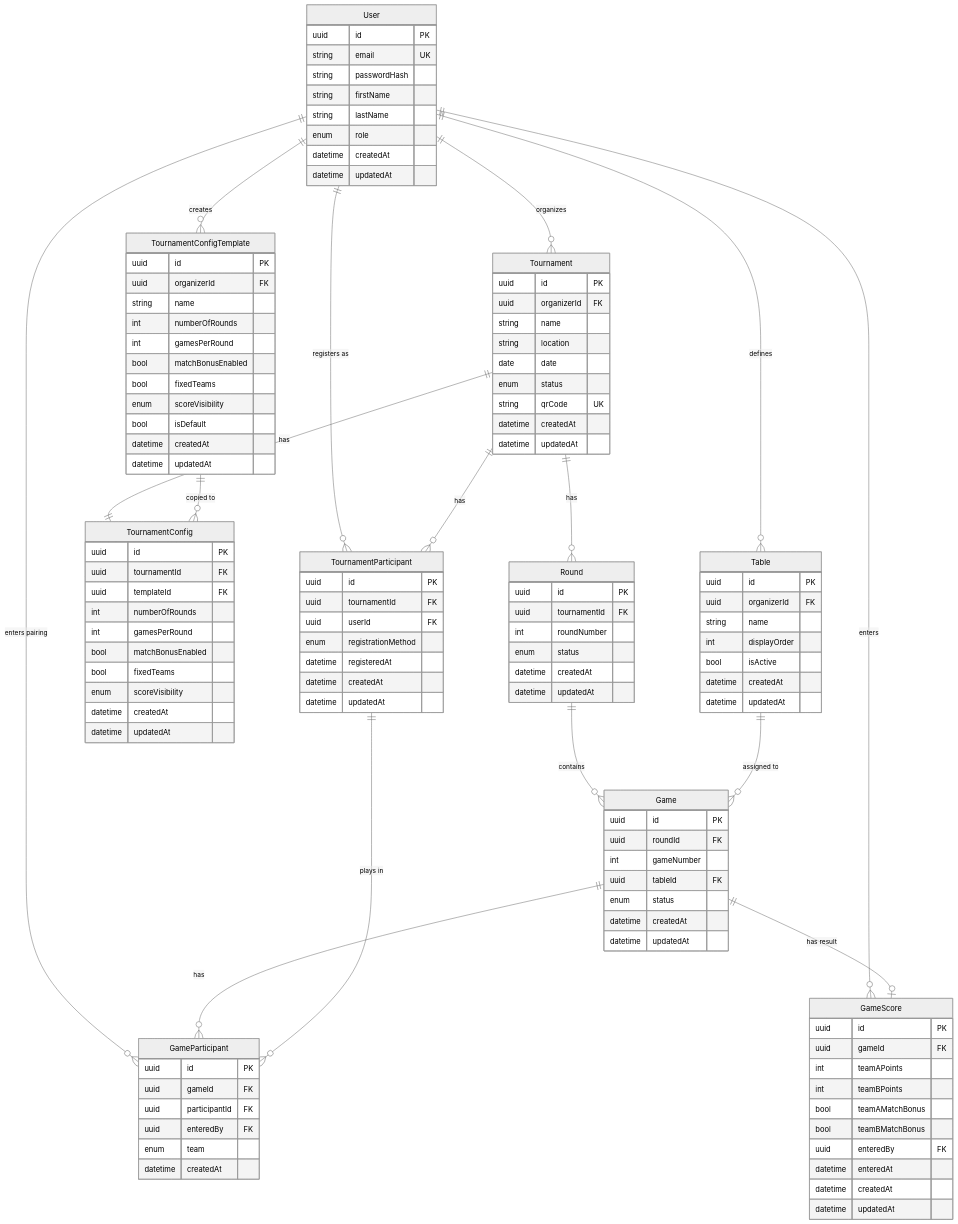
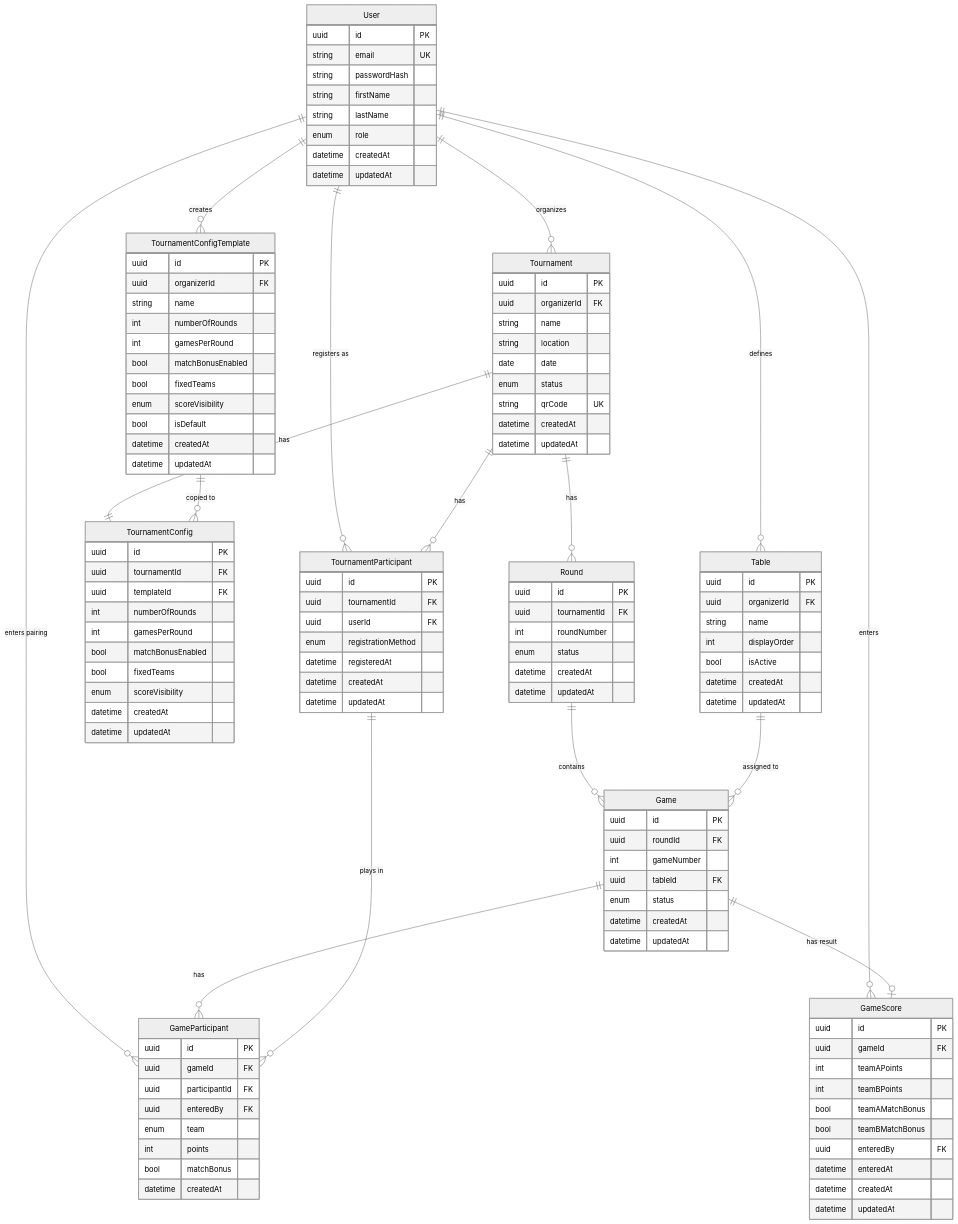
Before and after one commit to manuweber93/jass-tournament-manager: the diagram in database-schema.md, drawn with Mermaid (neutral theme). The commit also changed other lines of this file and 7 other files, not shown here.

Commit message:
Initialize backend with a basic Express server, add Docker Compose for PostgreSQL, and refine the database schema and project documentation.

```diff
--- a/database-schema.md
+++ b/database-schema.md
@@ -378,6 +380,8 @@
         uuid participantId FK
         uuid enteredBy FK
         enum team
+        int points
+        bool matchBonus
         datetime createdAt
     }
     
```
